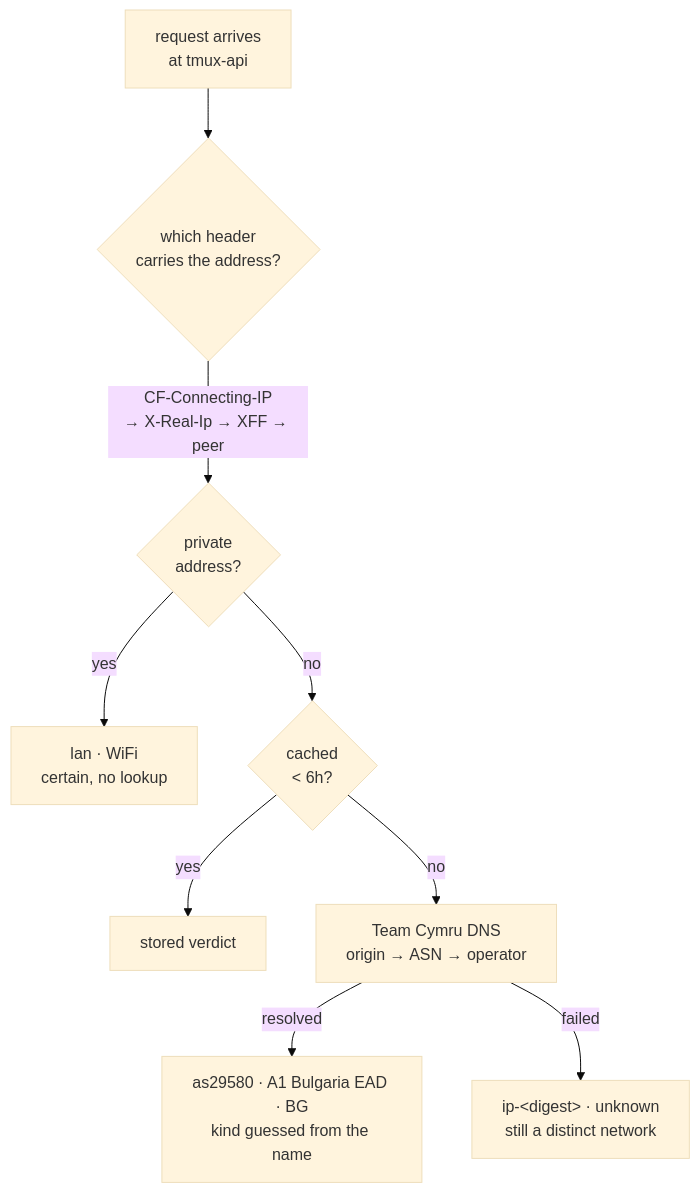
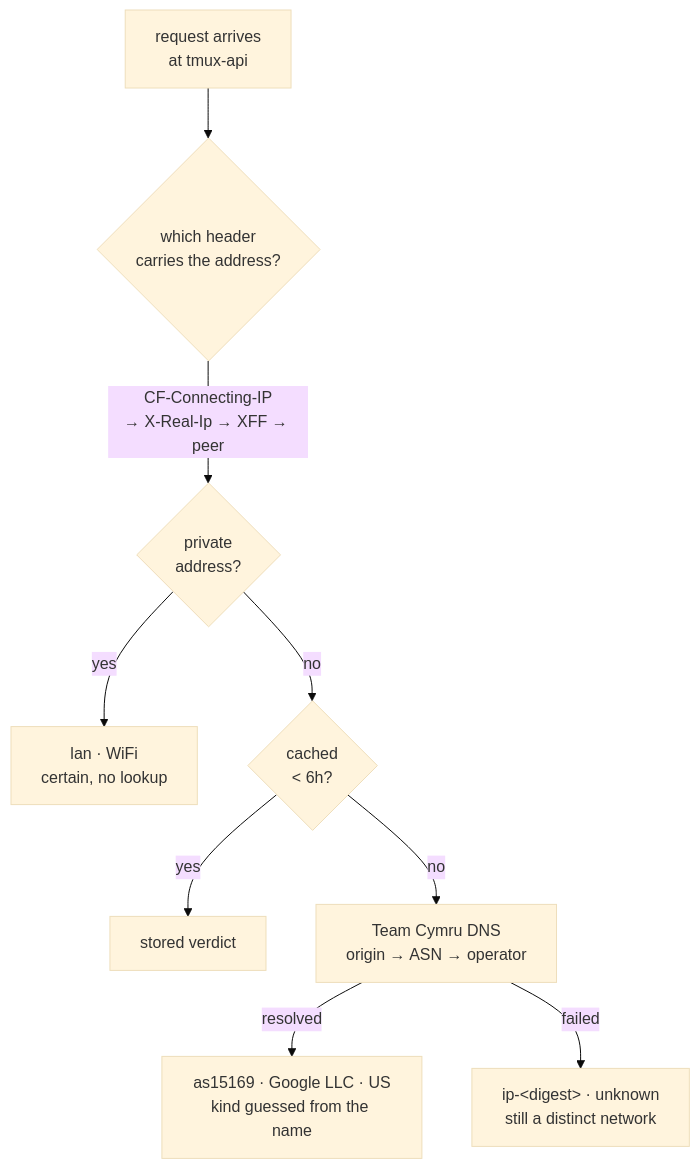
Before and after one commit to ViktorBarzin/terminal-lobby: the diagram in docs/plans/2026-08-29-data-used-by-network-design.md, drawn with Mermaid (base theme). The commit also changed other lines of this file and 7 other files, not shown here.

````diff
--- a/docs/plans/2026-08-29-data-used-by-network-design.md
+++ b/docs/plans/2026-08-29-data-used-by-network-design.md
@@ -30,11 +30,11 @@
 ```mermaid
 flowchart TD
   R["request arrives<br/>at tmux-api"] --> H{"which header<br/>carries the address?"}
   H -->|"CF-Connecting-IP<br/>→ X-Real-Ip → XFF → peer"| P{"private<br/>address?"}
   P -->|yes| L["lan · WiFi<br/>certain, no lookup"]
   P -->|no| C{"cached<br/>&lt; 6h?"}
   C -->|yes| K["stored verdict"]
   C -->|no| D["Team Cymru DNS<br/>origin → ASN → operator"]
-  D -->|resolved| A["as29580 · A1 Bulgaria EAD · BG<br/>kind guessed from the name"]
+  D -->|resolved| A["as15169 · Google LLC · US<br/>kind guessed from the name"]
   D -->|failed| U["ip-&lt;digest&gt; · unknown<br/>still a distinct network"]
 ```
````
